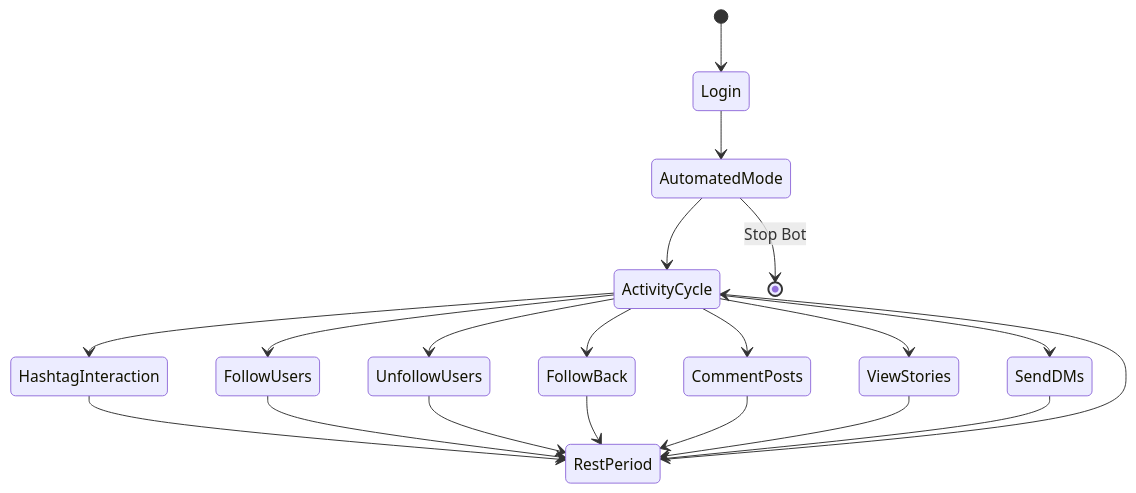
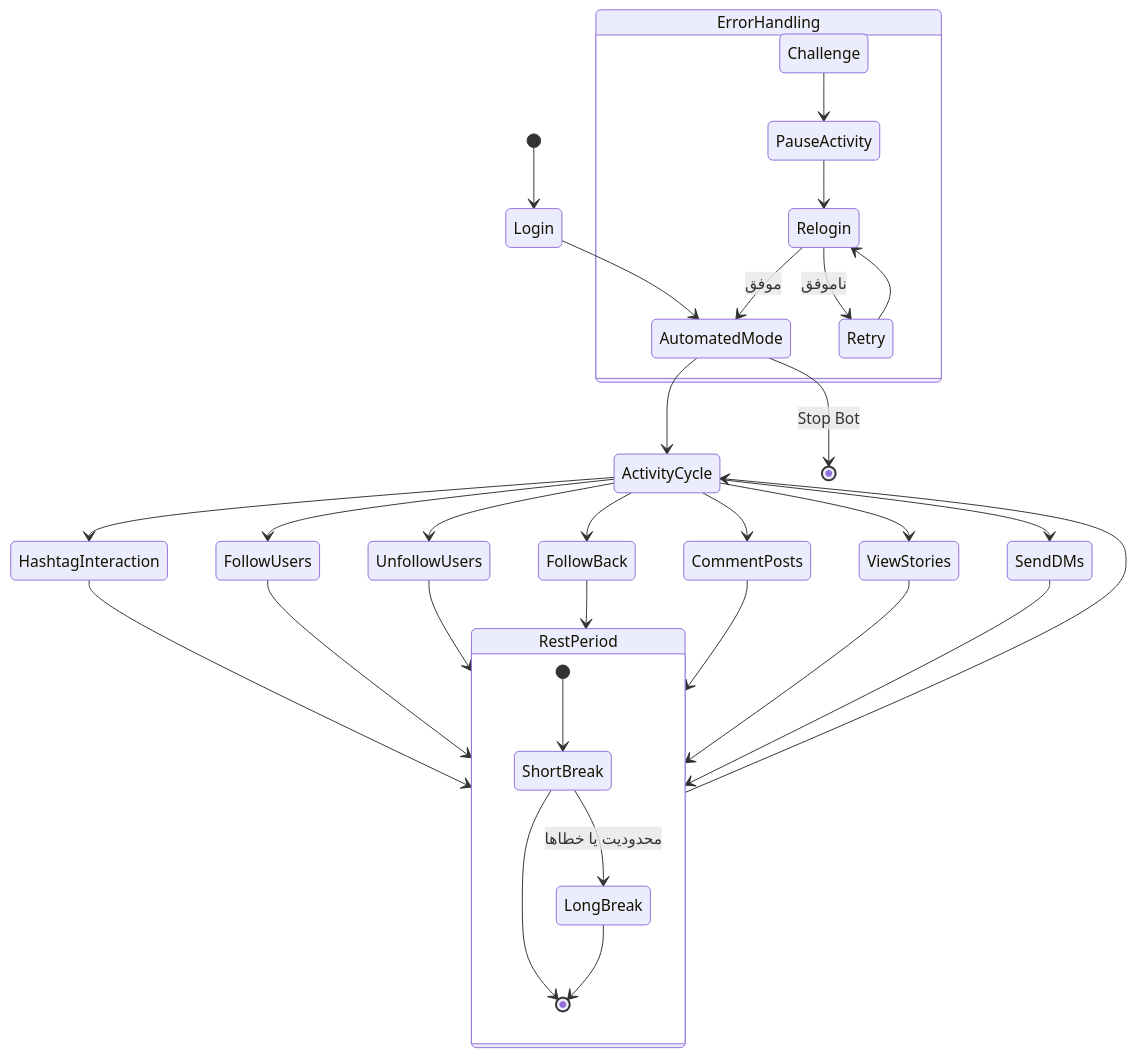
The second of 3 diagrams in README.md (ArashZich/insta-bot), drawn with Mermaid before and after one commit. The commit also changed other lines of this file, not shown here.

````diff
--- a/README.md
+++ b/README.md
@@ -85,26 +93,41 @@
 ```mermaid
 stateDiagram-v2
     [*] --> Login
     Login --> AutomatedMode
     
     AutomatedMode --> ActivityCycle
     ActivityCycle --> HashtagInteraction
     ActivityCycle --> FollowUsers
     ActivityCycle --> UnfollowUsers
     ActivityCycle --> FollowBack
     ActivityCycle --> CommentPosts
     ActivityCycle --> ViewStories
     ActivityCycle --> SendDMs
     
     HashtagInteraction --> RestPeriod
     FollowUsers --> RestPeriod
     UnfollowUsers --> RestPeriod
     FollowBack --> RestPeriod
     CommentPosts --> RestPeriod
     ViewStories --> RestPeriod
     SendDMs --> RestPeriod
     
     RestPeriod --> ActivityCycle
     
     AutomatedMode --> [*]: Stop Bot
+    
+    state RestPeriod {
+        [*] --> ShortBreak
+        ShortBreak --> [*]
+        ShortBreak --> LongBreak: محدودیت یا خطاها
+        LongBreak --> [*]
+    }
+    
+    state ErrorHandling {
+        Challenge --> PauseActivity
+        PauseActivity --> Relogin
+        Relogin --> AutomatedMode: موفق
+        Relogin --> Retry: ناموفق
+        Retry --> Relogin
+    }
 ```
````
